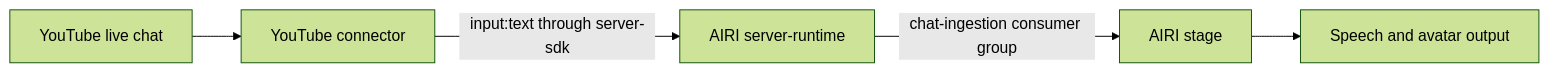
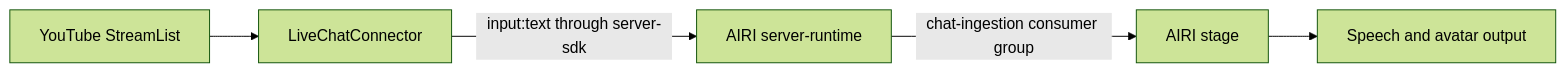
The diagram in integrations/youtube-live-chat/README.md (shinohara-rin/airi), drawn with Mermaid (forest theme) before and after one commit. The commit also changed other lines of this file and 19 other files, not shown here.

Commit message:
feat(youtube-live-chat): forward viewer text through server-sdk

````diff
--- a/integrations/youtube-live-chat/README.md
+++ b/integrations/youtube-live-chat/README.md
@@ -16,7 +64,7 @@
 ```mermaid
 flowchart LR
-  YouTube[YouTube live chat] --> Connector[YouTube connector]
+  YouTube[YouTube StreamList] --> Connector[LiveChatConnector]
   Connector -->|input:text through server-sdk| Server[AIRI server-runtime]
   Server -->|chat-ingestion consumer group| Stage[AIRI stage]
   Stage --> Speech[Speech and avatar output]
 ```
````
